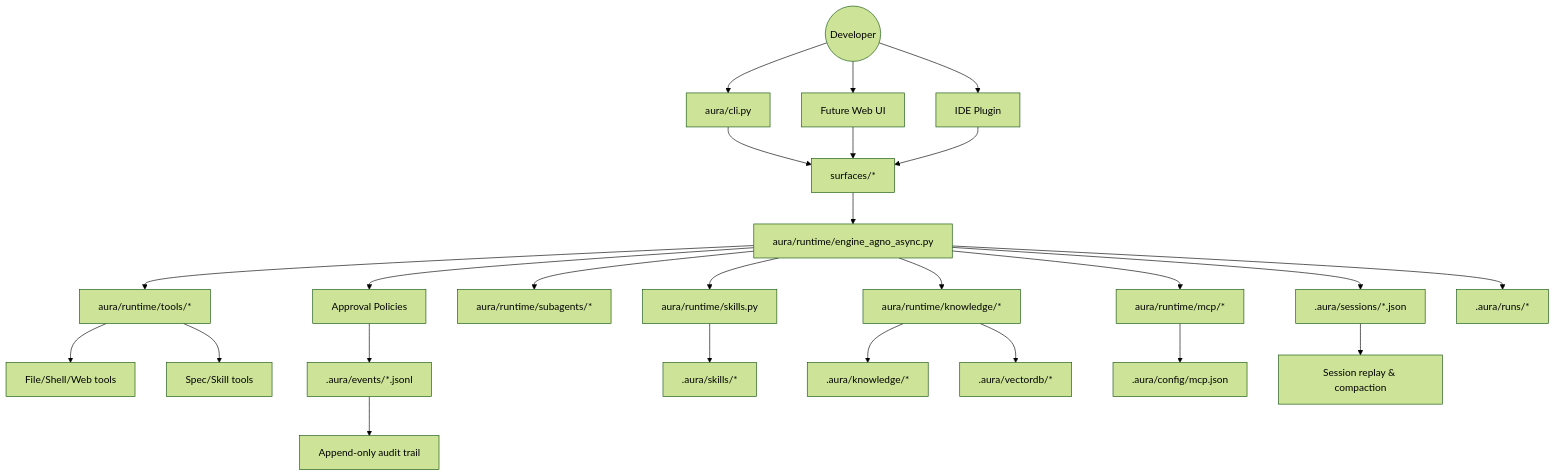
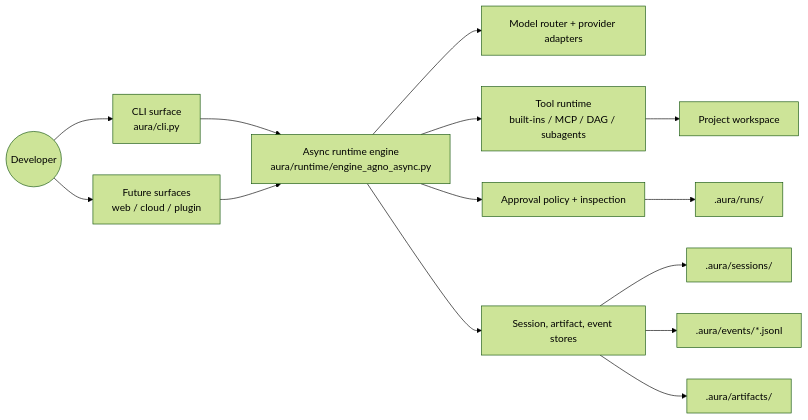
One commit to qWaitCrypto/Aura changed the diagram in README.md. Above: the diagram before and after it, drawn with Mermaid (forest theme). The commit also changed other lines of this file and 19 other files, not shown here.

````diff
--- a/README.md
+++ b/README.md
@@ -96,33 +23,19 @@
 ```mermaid
-flowchart TD
-    User((Developer)) --> CLI[aura/cli.py]
-    User --> Web[Future Web UI]
-    User --> Plugin[IDE Plugin]
+flowchart LR
+    Dev((Developer)) --> CLI["CLI surface<br/>aura/cli.py"]
+    Dev --> Future["Future surfaces<br/>web / cloud / plugin"]
 
-    CLI --> Surface[surfaces/*]
-    Web --> Surface
-    Plugin --> Surface
+    CLI --> Engine["Async runtime engine<br/>aura/runtime/engine_agno_async.py"]
+    Future --> Engine
 
-    Surface --> Engine[aura/runtime/engine_agno_async.py]
+    Engine --> Router["Model router + provider adapters"]
+    Engine --> Tools["Tool runtime<br/>built-ins / MCP / DAG / subagents"]
+    Engine --> Approval["Approval policy + inspection"]
+    Engine --> Storage["Session, artifact, event stores"]
 
-    Engine --> Tools[aura/runtime/tools/*]
-    Engine --> Skills[aura/runtime/skills.py]
-    Engine --> Subagents[aura/runtime/subagents/*]
-    Engine --> MCP[aura/runtime/mcp/*]
-    Engine --> Knowledge[aura/runtime/knowledge/*]
-    Engine --> Approval[Approval Policies]
-
-    Tools --> FS[File/Shell/Web tools]
-    Tools --> Spec[Spec/Skill tools]
-
-    Approval --> Events[.aura/events/*.jsonl]
-    Engine --> Sessions[.aura/sessions/*.json]
-    Engine --> Runs[.aura/runs/*]
-    Skills --> SkillStore[.aura/skills/*]
-    Knowledge --> KB[.aura/knowledge/*]
-    Knowledge --> VectorDB[.aura/vectordb/*]
-    MCP --> MCPConfig[.aura/config/mcp.json]
-
-    Events --> Audit[Append-only audit trail]
-    Sessions --> Replay[Session replay & compaction]
+    Tools --> Workspace["Project workspace"]
+    Approval --> Runs[".aura/runs/"]
+    Storage --> Sessions[".aura/sessions/"]
+    Storage --> Events[".aura/events/*.jsonl"]
+    Storage --> Artifacts[".aura/artifacts/"]
 ```
````
